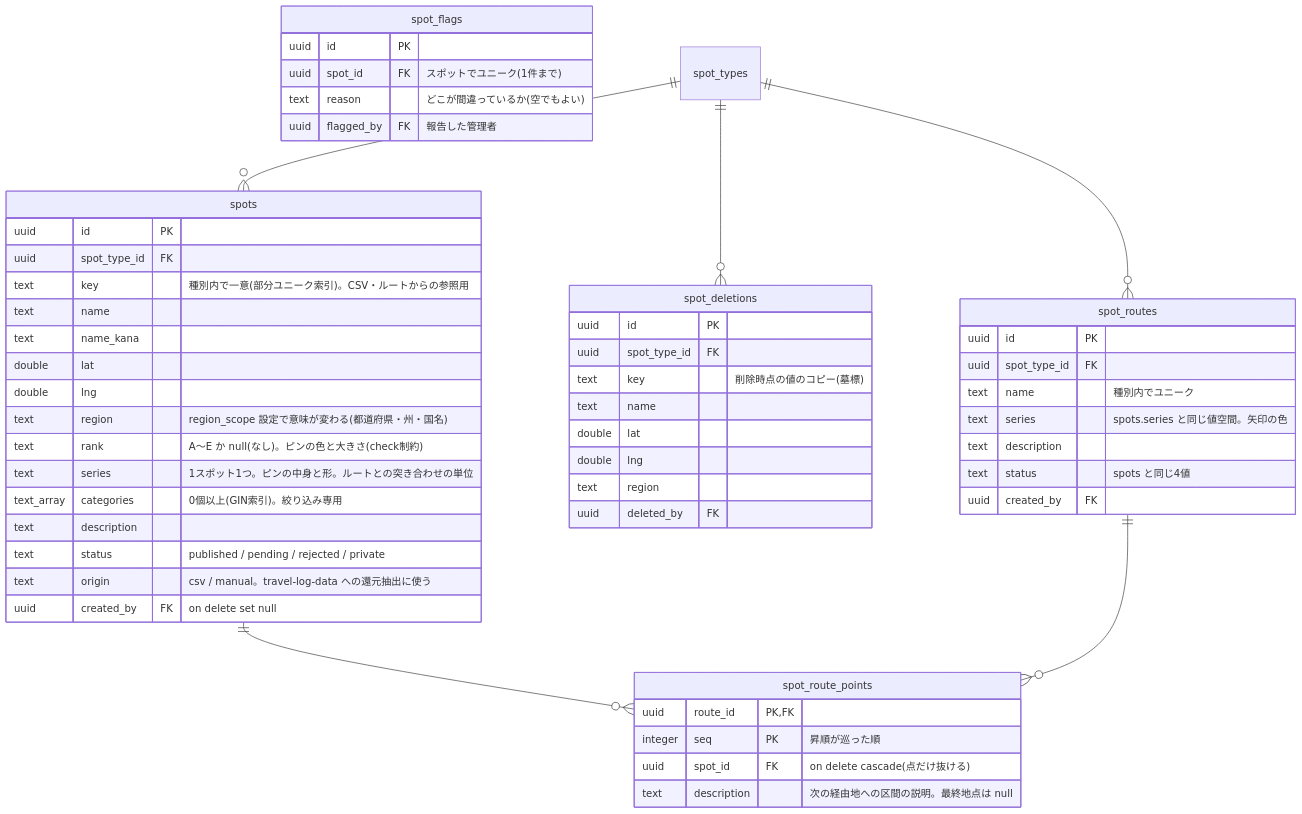
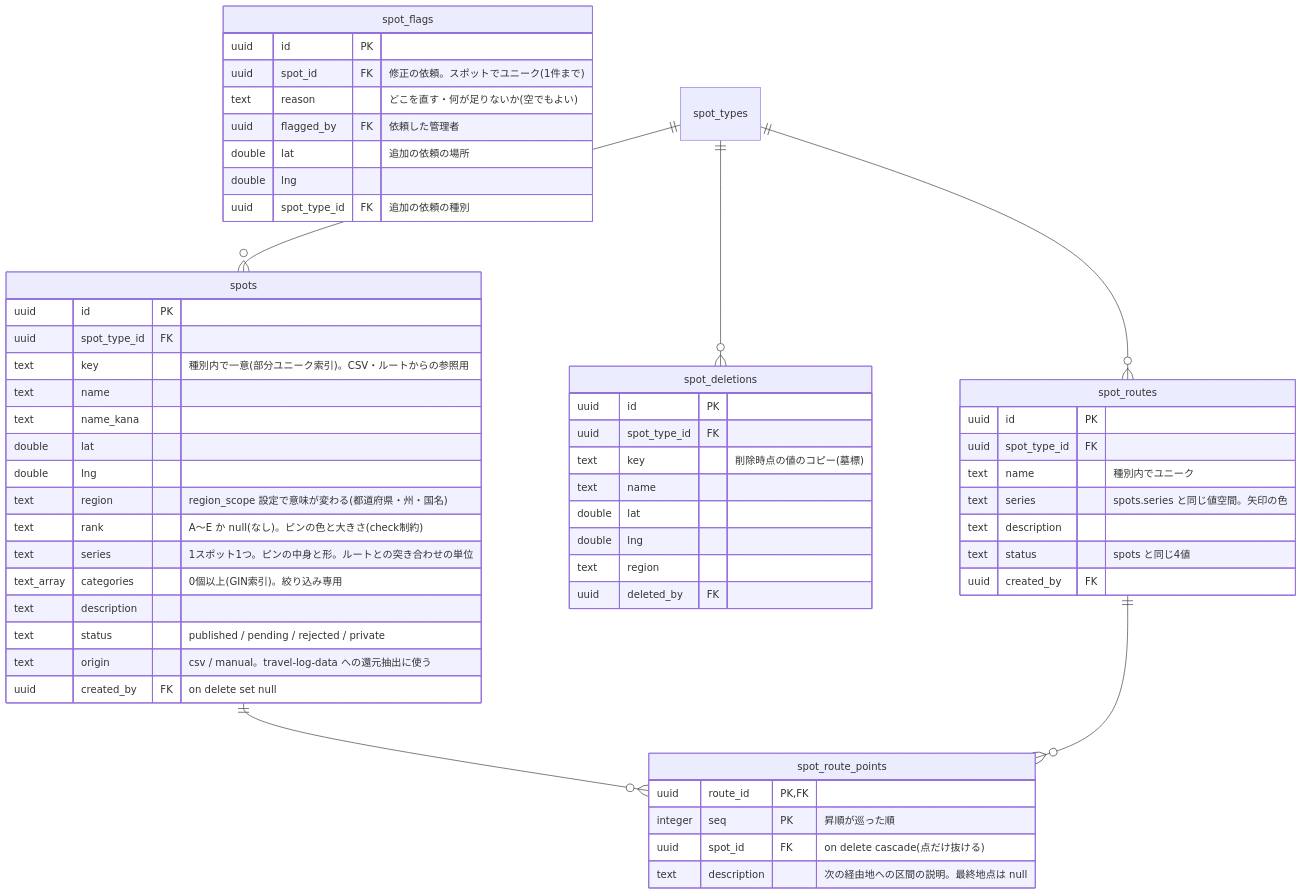
The fourth of 5 diagrams in docs/database.md (rtcode337/travel-log), drawn with Mermaid before and after one commit. The commit also changed other lines of this file and 11 other files, not shown here.

First line of the commit message:
間違い報告を「修正・追加の依頼」にし、地図から追加も頼めるようにする

````diff
--- a/docs/database.md
+++ b/docs/database.md
@@ -143,56 +144,59 @@
 ```mermaid
 erDiagram
     spots {
         uuid id PK
         uuid spot_type_id FK
         text key "種別内で一意(部分ユニーク索引)。CSV・ルートからの参照用"
         text name
         text name_kana
         double lat
         double lng
         text region "region_scope 設定で意味が変わる(都道府県・州・国名)"
         text rank "A〜E か null(なし)。ピンの色と大きさ(check制約)"
         text series "1スポット1つ。ピンの中身と形。ルートとの突き合わせの単位"
         text_array categories "0個以上(GIN索引)。絞り込み専用"
         text description
         text status "published / pending / rejected / private"
         text origin "csv / manual。travel-log-data への還元抽出に使う"
         uuid created_by FK "on delete set null"
     }
     spot_deletions {
         uuid id PK
         uuid spot_type_id FK
         text key "削除時点の値のコピー(墓標)"
         text name
         double lat
         double lng
         text region
         uuid deleted_by FK
     }
     spot_flags {
         uuid id PK
-        uuid spot_id FK "スポットでユニーク(1件まで)"
-        text reason "どこが間違っているか(空でもよい)"
-        uuid flagged_by FK "報告した管理者"
+        uuid spot_id FK "修正の依頼。スポットでユニーク(1件まで)"
+        text reason "どこを直す・何が足りないか(空でもよい)"
+        uuid flagged_by FK "依頼した管理者"
+        double lat "追加の依頼の場所"
+        double lng
+        uuid spot_type_id FK "追加の依頼の種別"
     }
     spot_routes {
         uuid id PK
         uuid spot_type_id FK
         text name "種別内でユニーク"
         text series "spots.series と同じ値空間。矢印の色"
         text description
         text status "spots と同じ4値"
         uuid created_by FK
     }
     spot_route_points {
         uuid route_id PK, FK
         integer seq PK "昇順が巡った順"
         uuid spot_id FK "on delete cascade(点だけ抜ける)"
         text description "次の経由地への区間の説明。最終地点は null"
     }
     spot_types ||--o{ spots : ""
     spot_types ||--o{ spot_deletions : ""
     spot_types ||--o{ spot_routes : ""
     spots ||--o{ spot_route_points : ""
     spot_routes ||--o{ spot_route_points : ""
 ```
````
